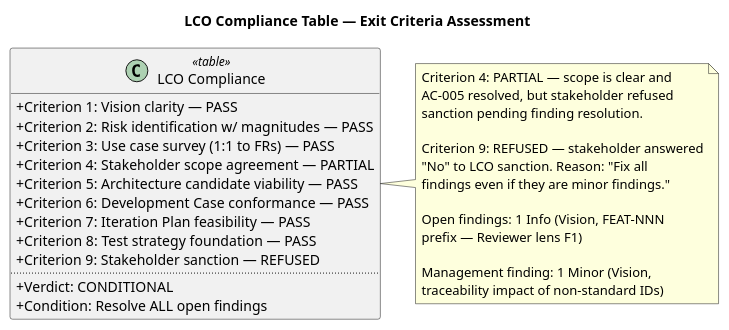
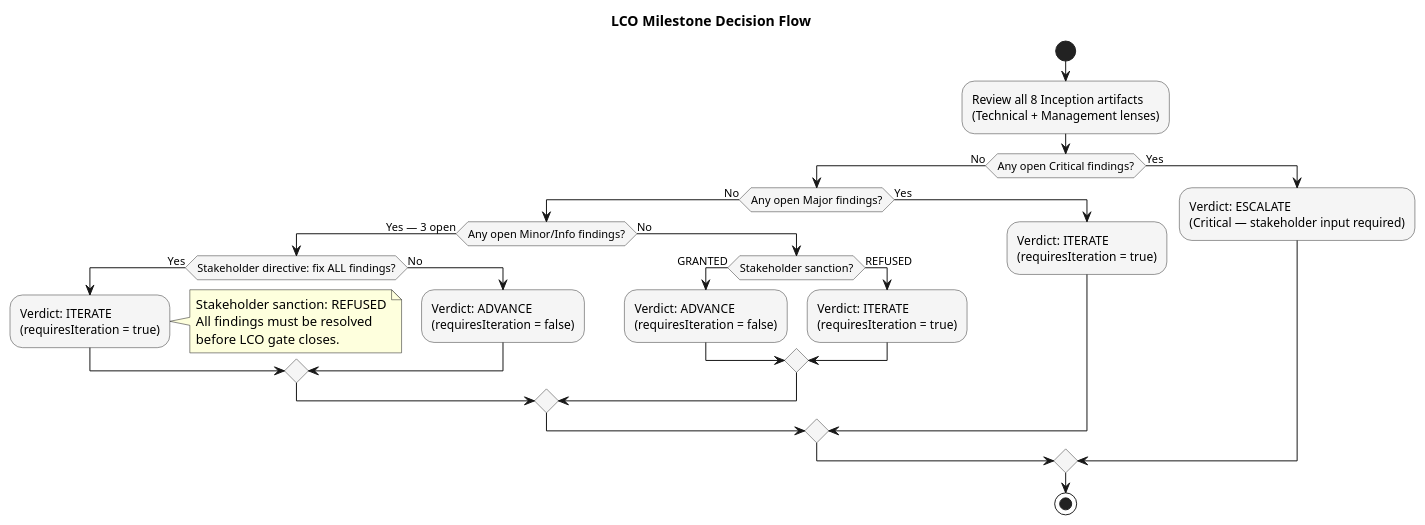
The fifth of 5 diagrams in docs/artifacts/project-management/review-record.md (banense-test/portal-cuba-corp), drawn with PlantUML before and after one commit. The commit also changed other lines of this file, not shown here.

First line of the commit message:
Review Coordinator [I1]: upsert Review Record

````diff
--- a/docs/artifacts/project-management/review-record.md
+++ b/docs/artifacts/project-management/review-record.md
@@ -40,39 +409,48 @@
 ```plantuml
 @startuml
-title LCO Compliance Table — Exit Criteria Assessment
-skinparam classAttributeIconSize 0
+title LCO Milestone Decision Flow
+skinparam activityBackgroundColor #F5F5F5
+skinparam activityBorderColor #333333
 skinparam shadowing false
 
-class "LCO Compliance" as T <<table>> {
-  + Criterion 1: Vision clarity — PASS
-  + Criterion 2: Risk identification w/ magnitudes — PASS
-  + Criterion 3: Use case survey (1:1 to FRs) — PASS
-  + Criterion 4: Stakeholder scope agreement — PARTIAL
-  + Criterion 5: Architecture candidate viability — PASS
-  + Criterion 6: Development Case conformance — PASS
-  + Criterion 7: Iteration Plan feasibility — PASS
-  + Criterion 8: Test strategy foundation — PASS
-  + Criterion 9: Stakeholder sanction — REFUSED
-  ..
-  + Verdict: CONDITIONAL
-  + Condition: Resolve ALL open findings
-}
+start
 
-note right of T
-  Criterion 4: PARTIAL — scope is clear and
-  AC-005 resolved, but stakeholder refused
-  sanction pending finding resolution.
-  
-  Criterion 9: REFUSED — stakeholder answered
-  "No" to LCO sanction. Reason: "Fix all
-  findings even if they are minor findings."
-  
-  Open findings: 1 Info (Vision, FEAT-NNN
-  prefix — Reviewer lens F1)
-  
-  Management finding: 1 Minor (Vision,
-  traceability impact of non-standard IDs)
-end note
+:Review all 8 Inception artifacts
+(Technical + Management lenses);
 
+if (Any open Critical findings?) then (No)
+  if (Any open Major findings?) then (No)
+    if (Any open Minor/Info findings?) then (Yes — 3 open)
+      if (Stakeholder directive: fix ALL findings?) then (Yes)
+        :Verdict: ITERATE
+        (requiresIteration = true);
+        note right
+          Stakeholder sanction: REFUSED
+          All findings must be resolved
+          before LCO gate closes.
+        end note
+      else (No)
+        :Verdict: ADVANCE
+        (requiresIteration = false);
+      endif
+    else (No)
+      if (Stakeholder sanction?) then (GRANTED)
+        :Verdict: ADVANCE
+        (requiresIteration = false);
+      else (REFUSED)
+        :Verdict: ITERATE
+        (requiresIteration = true);
+      endif
+    endif
+  else (Yes)
+    :Verdict: ITERATE
+    (requiresIteration = true);
+  endif
+else (Yes)
+  :Verdict: ESCALATE
+  (Critical — stakeholder input required);
+endif
+
+stop
 @enduml
 ```
````
